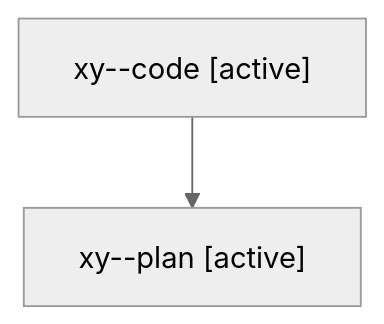
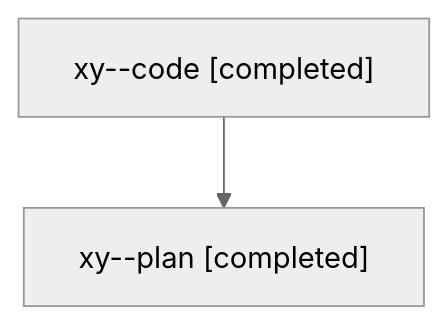
The diagram in families/bbugyi200.athena.xy.md (sase-org/sase--agents), drawn with Mermaid (neutral theme) before and after one commit. The commit also changed other lines of this file and 49 other files, not shown here.

````diff
--- a/families/bbugyi200.athena.xy.md
+++ b/families/bbugyi200.athena.xy.md
@@ -9,6 +9,6 @@
 ```mermaid
 flowchart TD
-  n0["xy--code [active]"]
-  n1["xy--plan [active]"]
+  n0["xy--code [completed]"]
+  n1["xy--plan [completed]"]
   n0 --> n1
 ```
````
